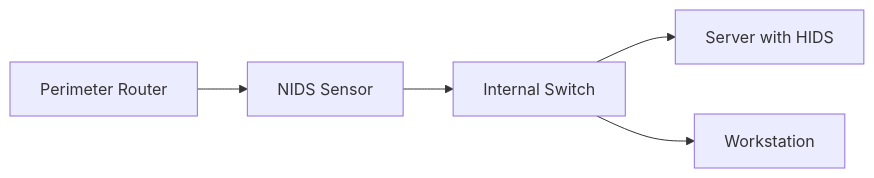
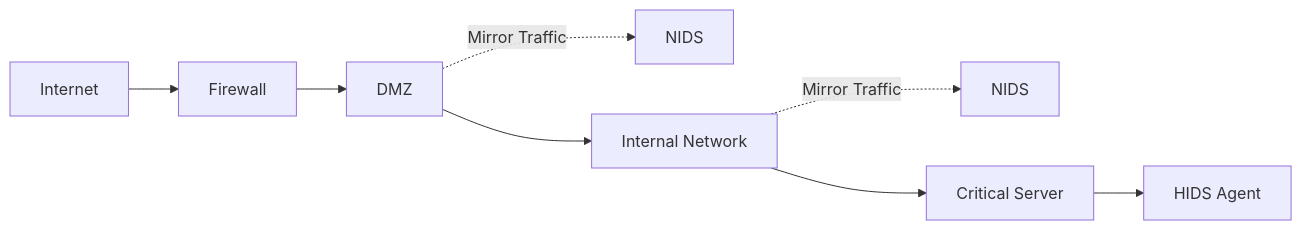
The fifth of 5 diagrams in 03-Academics/Network_Security/IDS.md (namaewafaisal/Obsidian_Vault), drawn with Mermaid before and after one commit. The commit also changed other lines of this file and 4 other files, not shown here.

````diff
--- a/03-Academics/Network_Security/IDS.md
+++ b/03-Academics/Network_Security/IDS.md
@@ -78,8 +387,17 @@
-```mermaid
-graph LR
-    Router[Perimeter Router] --> NIDS[NIDS Sensor]
-    NIDS --> Switch[Internal Switch]
-    Switch --> Host1[Server with HIDS]
-    Switch --> Host2[Workstation]
+```mermaid id="c0jfwj"
+flowchart LR
 
+    Internet --> FW[Firewall]
+
+    FW --> DMZ[DMZ]
+
+    DMZ -. Mirror Traffic .-> NIDS1[NIDS]
+
+    DMZ --> Internal[Internal Network]
+
+    Internal -. Mirror Traffic .-> NIDS2[NIDS]
+
+    Internal --> Server[Critical Server]
+
+    Server --> HIDS[HIDS Agent]
 ```
````
